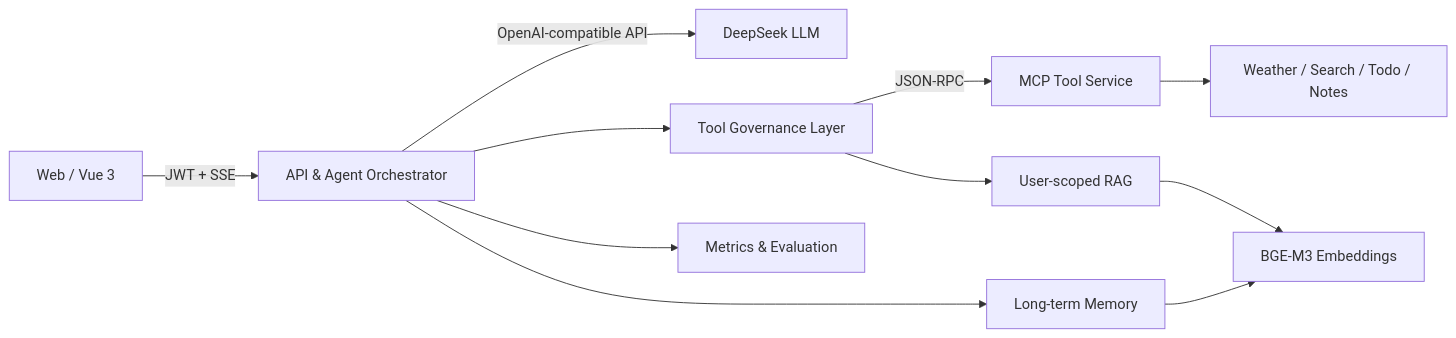
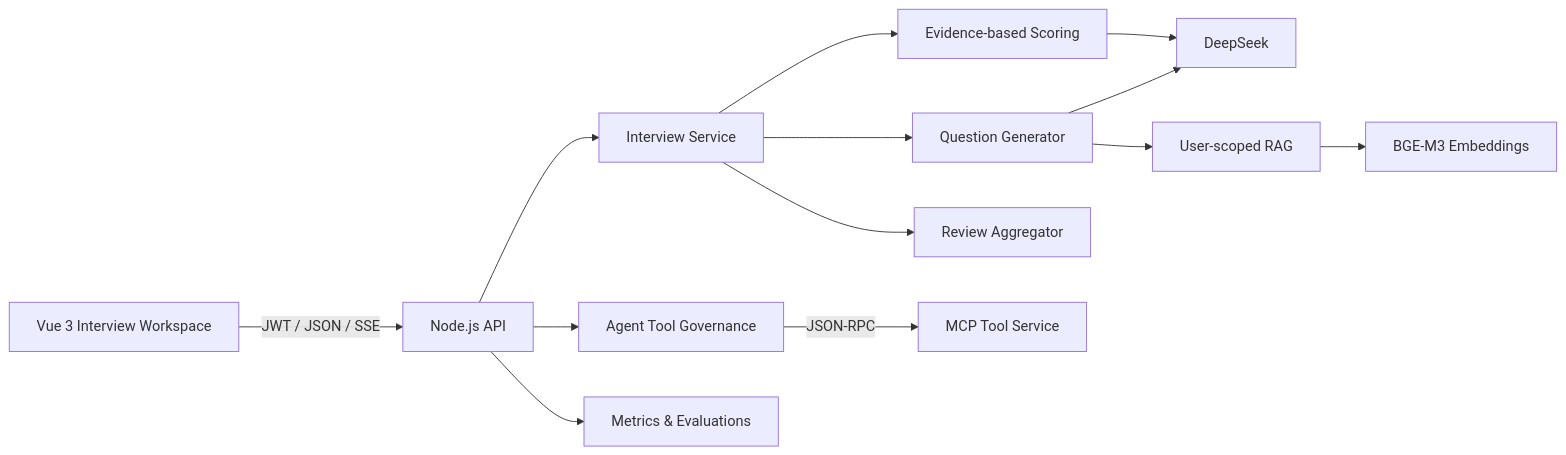
Before and after one commit to yiweiyih/InterviewOps: the diagram in README.md, drawn with Mermaid. The commit also changed other lines of this file and 36 other files, not shown here.

Commit message:
feat: transform agent into interview preparation workspace

````diff
--- a/README.md
+++ b/README.md
@@ -37,13 +31,15 @@
 ```mermaid
 flowchart LR
-    U["Web / Vue 3"] -->|"JWT + SSE"| A["API & Agent Orchestrator"]
-    A -->|"OpenAI-compatible API"| L["DeepSeek LLM"]
-    A --> G["Tool Governance Layer"]
+    U["Vue 3 Interview Workspace"] -->|"JWT / JSON / SSE"| A["Node.js API"]
+    A --> I["Interview Service"]
+    I --> P["Question Generator"]
+    I --> S["Evidence-based Scoring"]
+    I --> R["Review Aggregator"]
+    P --> L["DeepSeek"]
+    S --> L
+    P --> K["User-scoped RAG"]
+    K --> E["BGE-M3 Embeddings"]
+    A --> G["Agent Tool Governance"]
     G -->|"JSON-RPC"| M["MCP Tool Service"]
-    G --> R["User-scoped RAG"]
-    A --> MEM["Long-term Memory"]
-    M --> EXT["Weather / Search / Todo / Notes"]
-    R --> E["BGE-M3 Embeddings"]
-    MEM --> E
-    A --> O["Metrics & Evaluation"]
+    A --> O["Metrics & Evaluations"]
 ```
````
